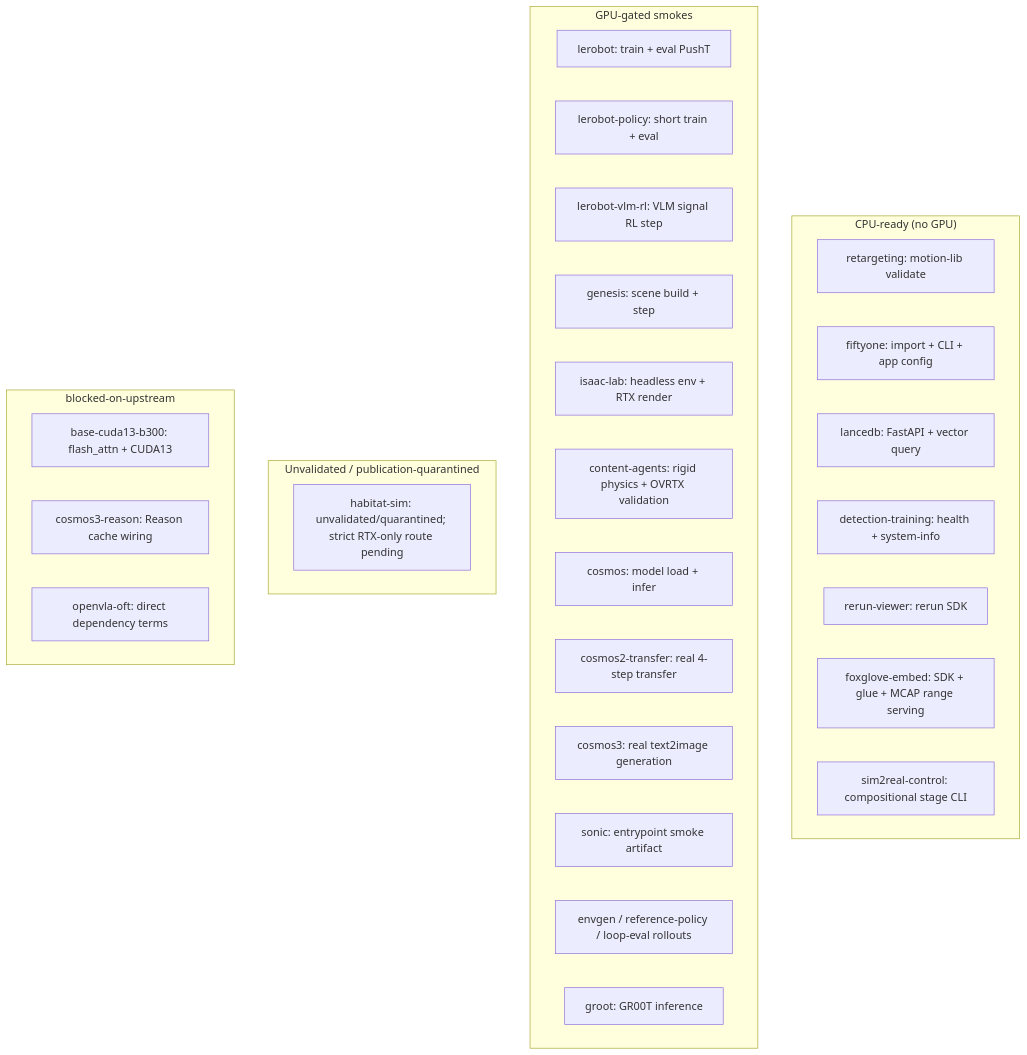
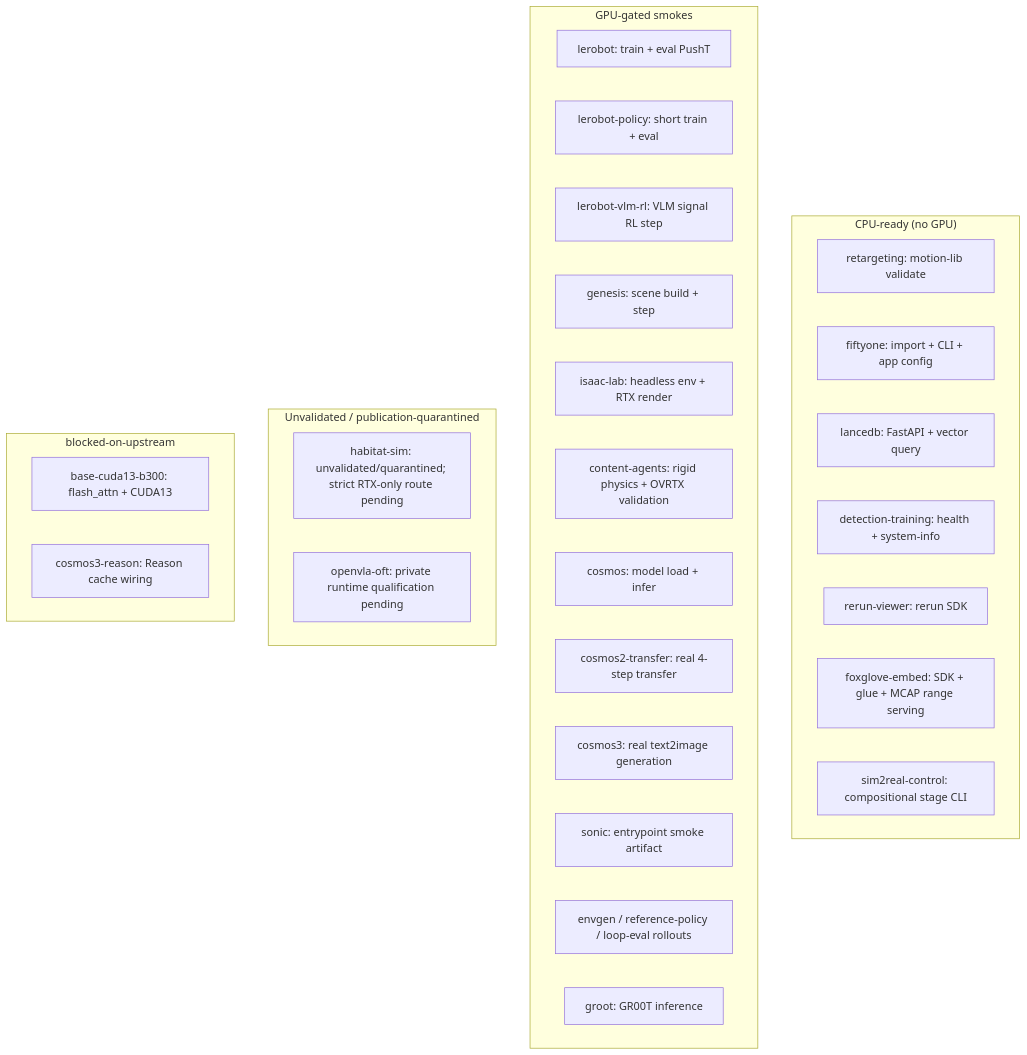
Before and after one commit to nebius/nebius-physical-ai: the diagram in docs/security/container-golden-evals.md, drawn with Mermaid. The commit also changed other lines of this file and 10 other files, not shown here.

Commit message:
Resolve OpenVLA-OFT runtime source route

````diff
--- a/docs/security/container-golden-evals.md
+++ b/docs/security/container-golden-evals.md
@@ -96,34 +96,34 @@
 ```mermaid
 flowchart TB
   subgraph cpu_ready["CPU-ready (no GPU)"]
     retargeting["retargeting: motion-lib validate"]
     fiftyone["fiftyone: import + CLI + app config"]
     lancedb["lancedb: FastAPI + vector query"]
     det_train["detection-training: health + system-info"]
     rerun["rerun-viewer: rerun SDK"]
     foxglove["foxglove-embed: SDK + glue + MCAP range serving"]
     control["sim2real-control: compositional stage CLI"]
   end
   subgraph gpu_gated["GPU-gated smokes"]
     lerobot["lerobot: train + eval PushT"]
     policy["lerobot-policy: short train + eval"]
     vlm["lerobot-vlm-rl: VLM signal RL step"]
     genesis["genesis: scene build + step"]
     isaac["isaac-lab: headless env + RTX render"]
     content["content-agents: rigid physics + OVRTX validation"]
     cosmos["cosmos: model load + infer"]
     transfer["cosmos2-transfer: real 4-step transfer"]
     c3["cosmos3: real text2image generation"]
     sonic["sonic: entrypoint smoke artifact"]
     s2r["envgen / reference-policy / loop-eval rollouts"]
     groot["groot: GR00T inference"]
   end
   subgraph unvalidated["Unvalidated / publication-quarantined"]
     habitat["habitat-sim: unvalidated/quarantined; strict RTX-only route pending"]
+    openvla["openvla-oft: private runtime qualification pending"]
   end
   subgraph blocked["blocked-on-upstream"]
     b300["base-cuda13-b300: flash_attn + CUDA13"]
     reason["cosmos3-reason: Reason cache wiring"]
-    openvla["openvla-oft: direct dependency terms"]
   end
 ```
````
